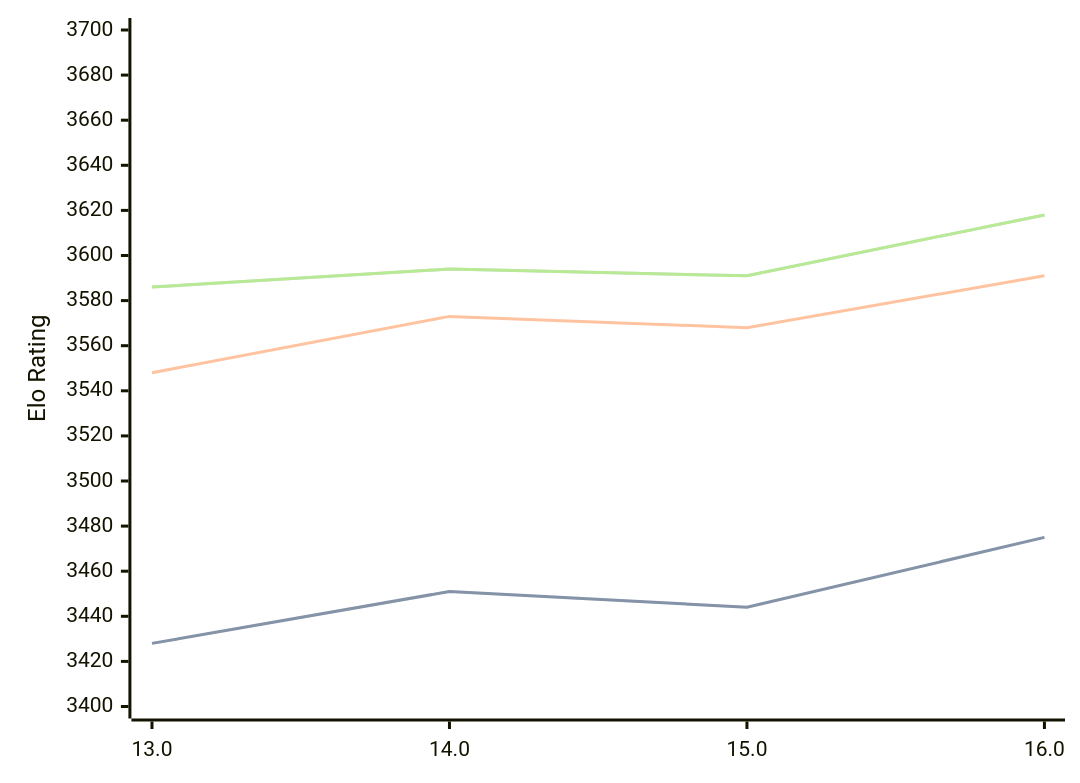
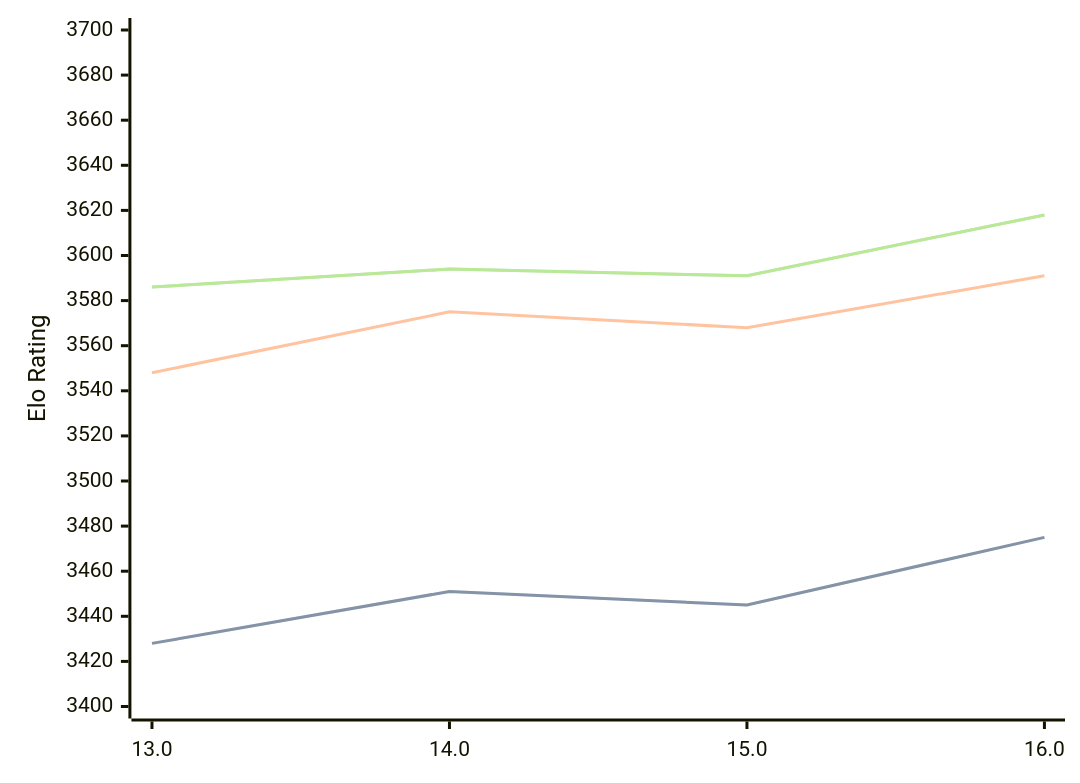
The diagram in engines/Obsidian.md (computer-chess-index/cci), drawn with Mermaid before and after one commit. The commit also changed other lines of this file, not shown here.

````diff
--- a/engines/Obsidian.md
+++ b/engines/Obsidian.md
@@ -41,11 +41,11 @@
 ```mermaid
 %%{init: {"theme":"base","themeVariables":{"seriesColors:['#a3a3a3','#222221','#faa371']}}}%%
 xychart-beta
   x-axis ["13.0", "14.0", "15.0", "16.0"]
   y-axis "Elo Rating" 3400 --> 3700
-  line "STC (8.0+0.08s)" [3428, 3451, 3444, 3475]
-  line "STC (8.0+0.08s)" [3428, 3451, 3444, 3475]
-  line "LTC (60.0+0.60s)" [3548, 3573, 3568, 3591]
+  line "STC (8.0+0.08s)" [3428, 3451, 3445, 3475]
+  line "STC (8.0+0.08s)" [3428, 3451, 3445, 3475]
+  line "LTC (60.0+0.60s)" [3548, 3575, 3568, 3591]
   line "VLTC (2m24s+1.12s)" [3586, 3594, 3591, 3618]
   line "VLTC (2m24s+1.12s)" [3586, 3594, 3591, 3618]
 ```
````
